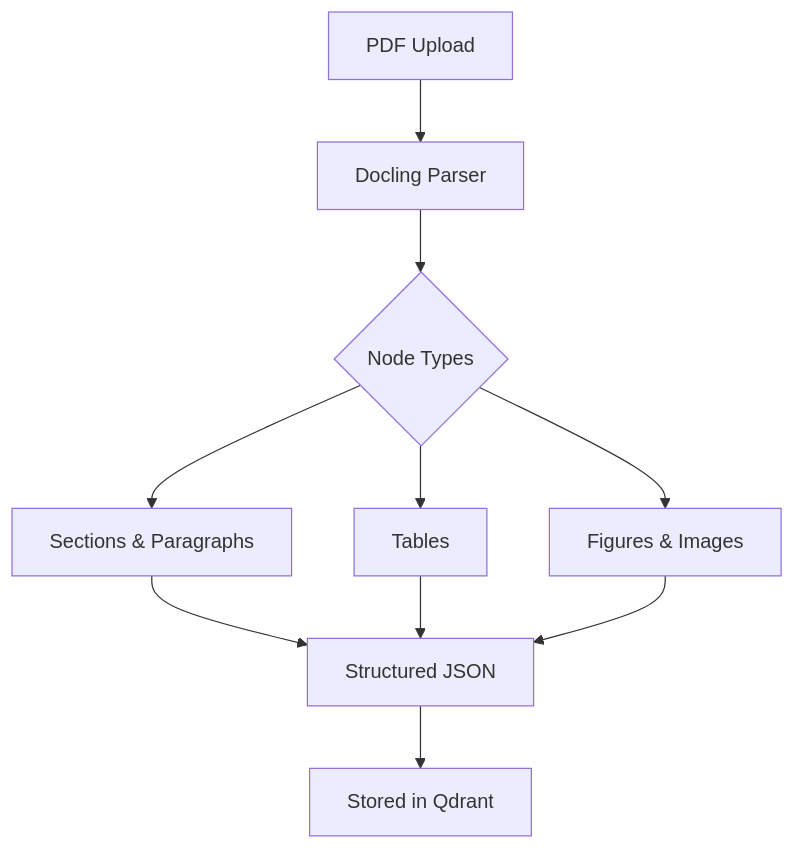
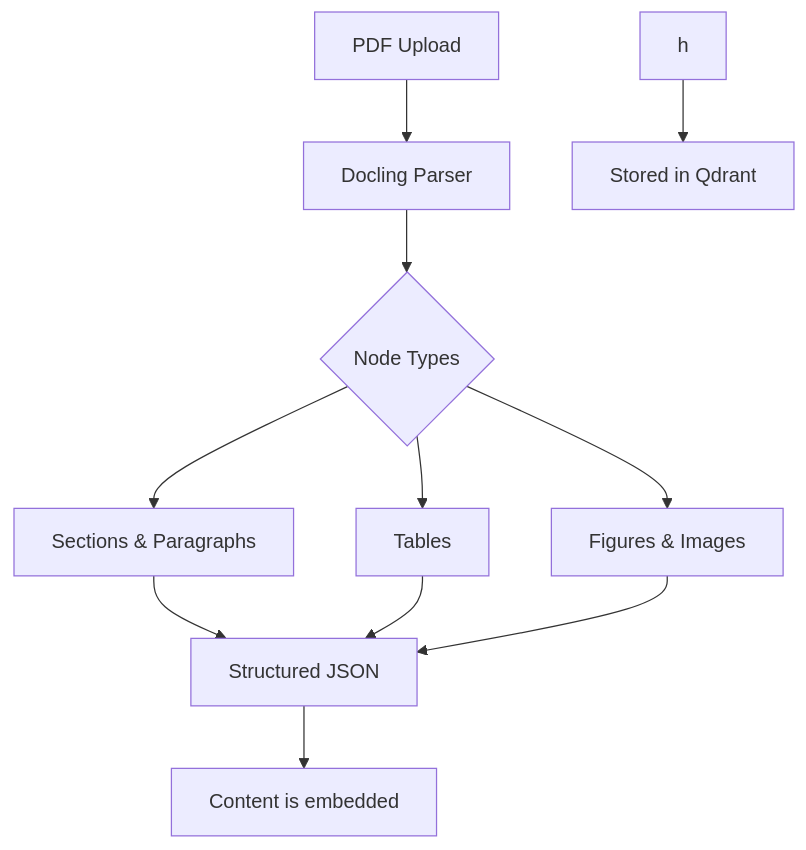
The second of 5 diagrams in README.md (guy1998/glaucus), drawn with Mermaid before and after one commit. The commit also changed other lines of this file and 3 other files, not shown here.

````diff
--- a/README.md
+++ b/README.md
@@ -35,10 +35,11 @@
 ```mermaid
 flowchart TD
     A[PDF Upload] --> B[Docling Parser]
     B --> C{Node Types}
     C --> D[Sections & Paragraphs]
     C --> E[Tables]
     C --> F[Figures & Images]
     D & E & F --> G[Structured JSON]
-    G --> H[Stored in Qdrant]
+    G --> H[Content is embedded]
+    h --> I[Stored in Qdrant]
 ```
````
